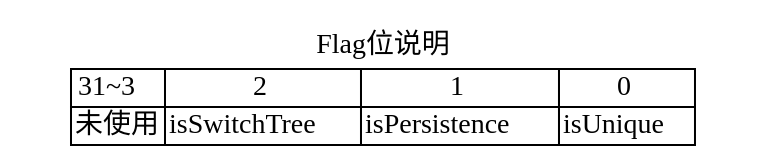
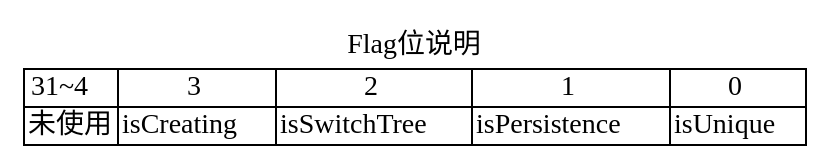
One commit to rectcircle/course-design-DBMS changed the third of 6 diagrams in doc/3-索引存储引擎.md. Above: the diagram before and after it, drawn with Graphviz. The commit also changed other lines of this file and 12 other files, not shown here.

````diff
--- a/doc/3-索引存储引擎.md
+++ b/doc/3-索引存储引擎.md
@@ -394,27 +420,29 @@
 ```dot
 digraph LRUCache {
   label = "Flag位说明";
   labelloc = "t"
   node [
     shape="record"
     fixedsize=false
     width="5"
   ]
 
   test [shape = none, margin = 0,label=<
   <TABLE BORDER="0" CELLBORDER="1" CELLSPACING="0" CELLPADDING="1">
     <TR>
-      <TD>31~3</TD>
+      <TD>31~4</TD>
+      <TD>3</TD>
       <TD>2</TD>
       <TD>1</TD>
       <TD>0</TD>
     </TR>
     <TR>
       <TD>未使用</TD>
+      <TD>isCreating</TD>
       <TD>isSwitchTree</TD>
       <TD>isPersistence</TD>
       <TD>isUnique</TD>
     </TR>
     </TABLE>>]
 }
 ```
````
